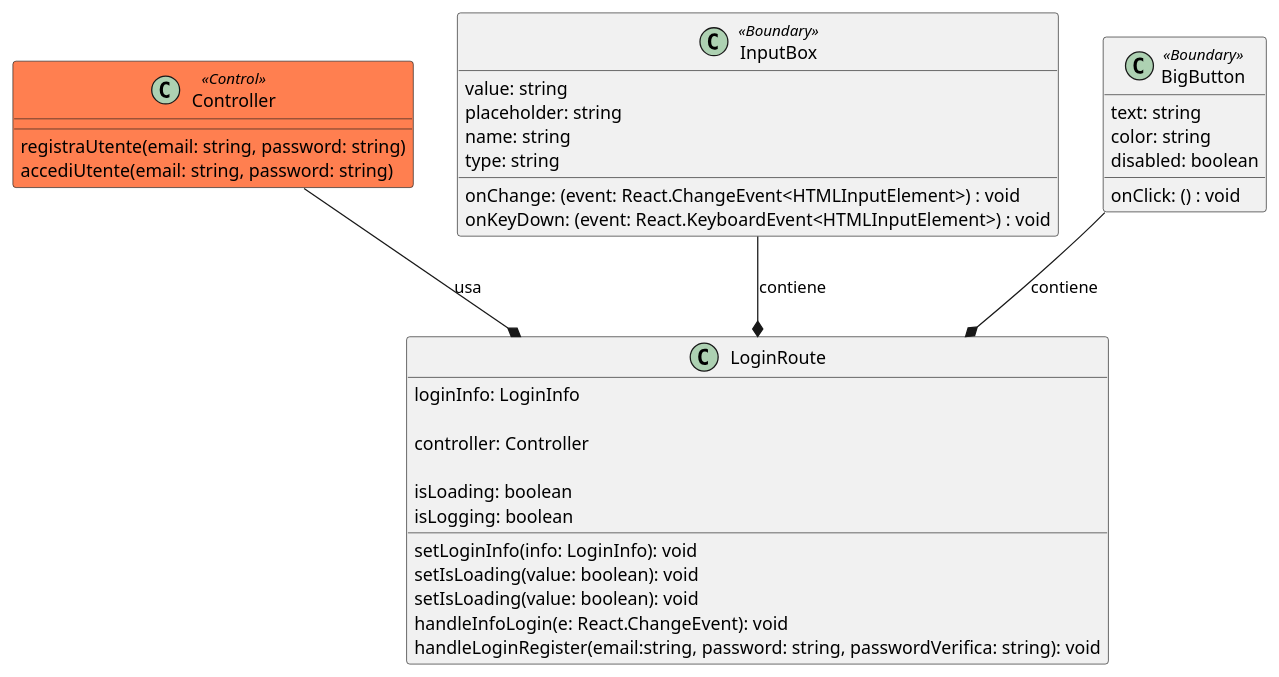
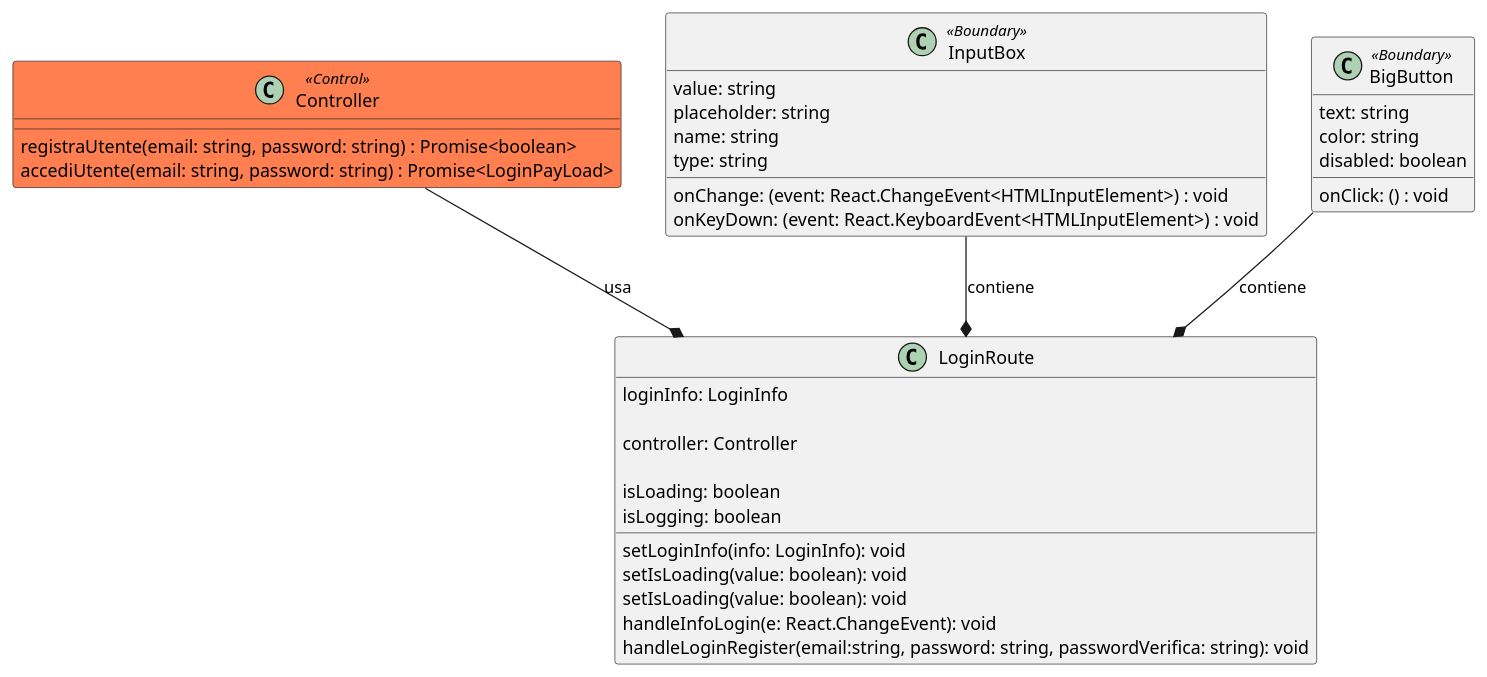
Before and after one commit to macro21KGB/Esame-INGSW-22-23: the diagram in diagrams/PUML/routes/LoginRegisterRoute.puml, drawn with PlantUML. The commit also changed 4 other files, not shown here.

```diff
--- a/diagrams/PUML/routes/LoginRegisterRoute.puml
+++ b/diagrams/PUML/routes/LoginRegisterRoute.puml
@@ -1,56 +1,56 @@
 @startuml login_route
 
 class Controller <<Control>> #coral{
   
-  registraUtente(email: string, password: string)
-  accediUtente(email: string, password: string)
+  registraUtente(email: string, password: string) : Promise<boolean>
+  accediUtente(email: string, password: string) : Promise<LoginPayLoad>
 
 }
 
 class LoginRoute {
   loginInfo: LoginInfo
   setLoginInfo(info: LoginInfo): void
 
   controller: Controller
 
   isLoading: boolean
   isLogging: boolean
 
   setIsLoading(value: boolean): void
   setIsLoading(value: boolean): void
 
 
   handleInfoLogin(e: React.ChangeEvent): void
   handleLoginRegister(email:string, password: string, passwordVerifica: string): void
 
 }
 
 class InputBox <<Boundary>> {
 
 	value: string
 	placeholder: string
 	name: string
 	type: string
 	onChange: (event: React.ChangeEvent<HTMLInputElement>) : void
 	onKeyDown: (event: React.KeyboardEvent<HTMLInputElement>) : void
 
 }
 
 class BigButton <<Boundary>> {
 
   onClick: () : void
   text: string
   color: string
   disabled: boolean
 
 }
 
 
 
 
 
 BigButton --* LoginRoute : contiene
 InputBox--* LoginRoute : contiene
 Controller --* LoginRoute : usa
 
 @enduml
```
